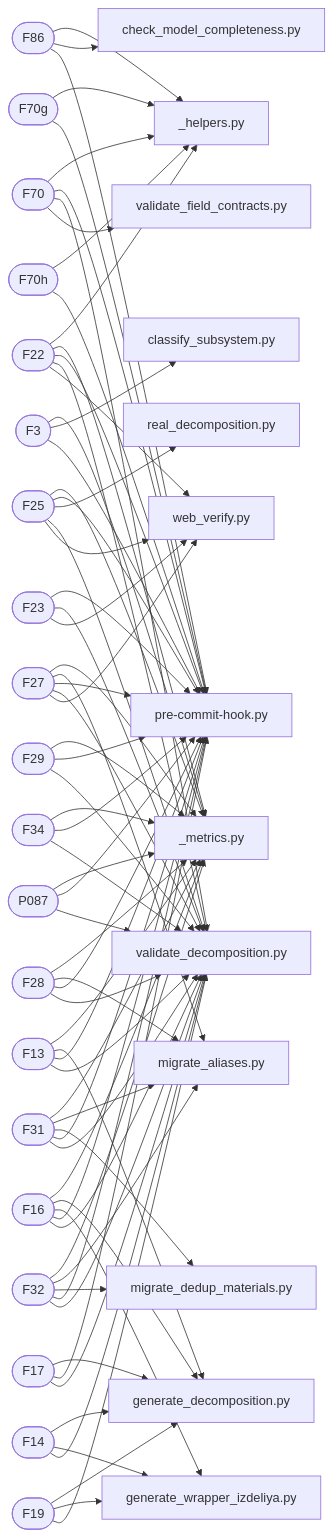
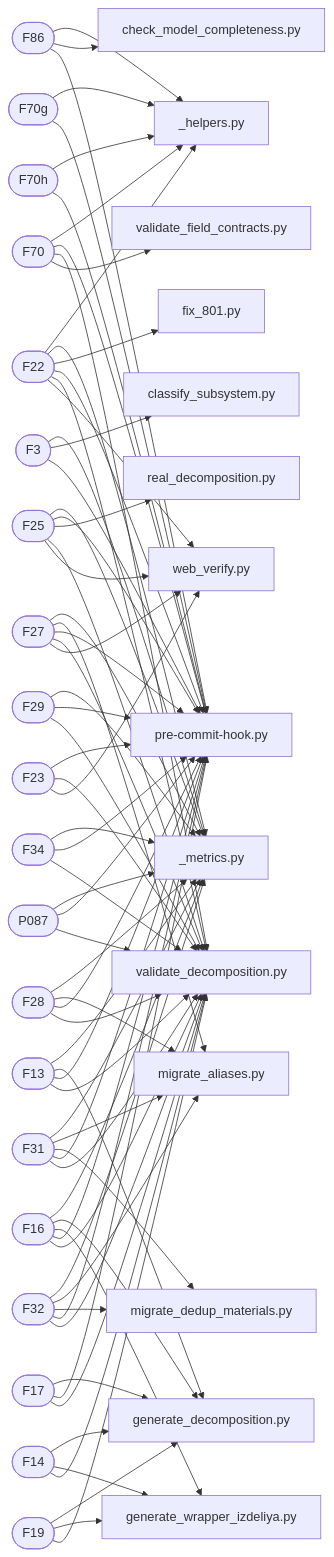
Before and after one commit to a-m-e-n-t-e-t/SkyNet: the diagram in graphs/mermaid/graph3_traceability.md, drawn with Mermaid. The commit also changed other lines of this file and 5 other files, not shown here.

```diff
--- a/graphs/mermaid/graph3_traceability.md
+++ b/graphs/mermaid/graph3_traceability.md
@@ -7,6 +7,8 @@
     F22 --> script__helpers_py
     script__metrics_py[_metrics.py]
     F22 --> script__metrics_py
+    script_fix_801_py[fix_801.py]
+    F22 --> script_fix_801_py
     script_pre-commit-hook_py[pre-commit-hook.py]
     F22 --> script_pre-commit-hook_py
     script_validate_decomposition_py[validate_decomposition.py]
```
